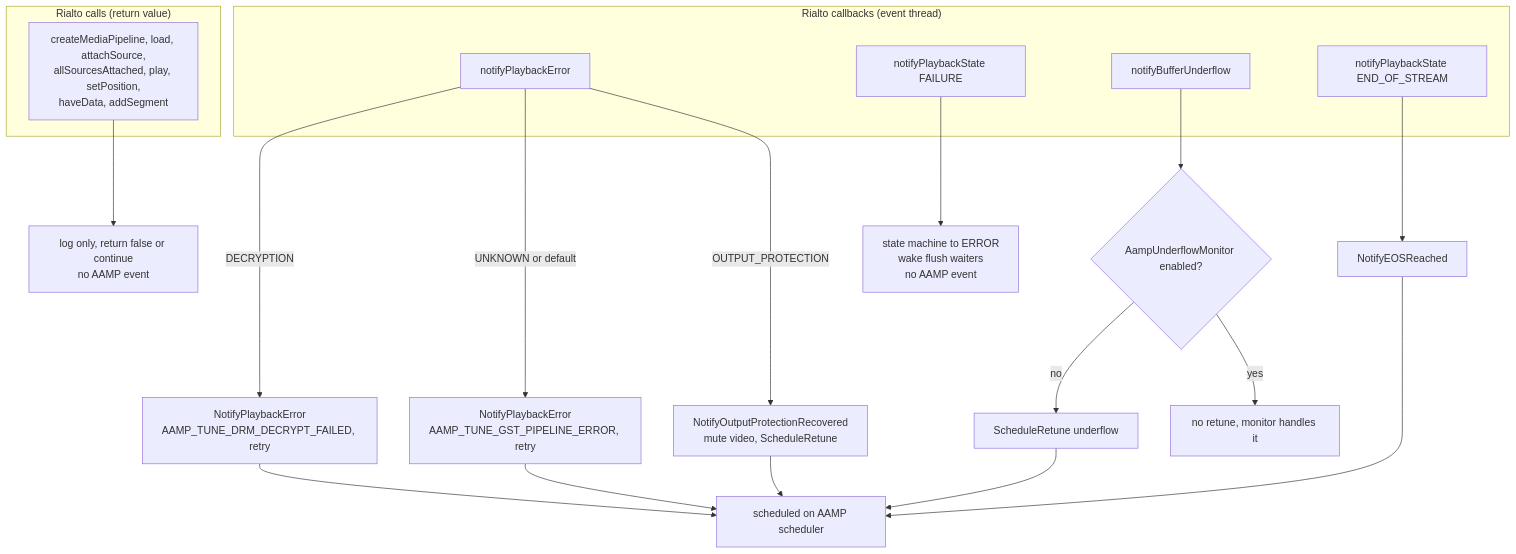
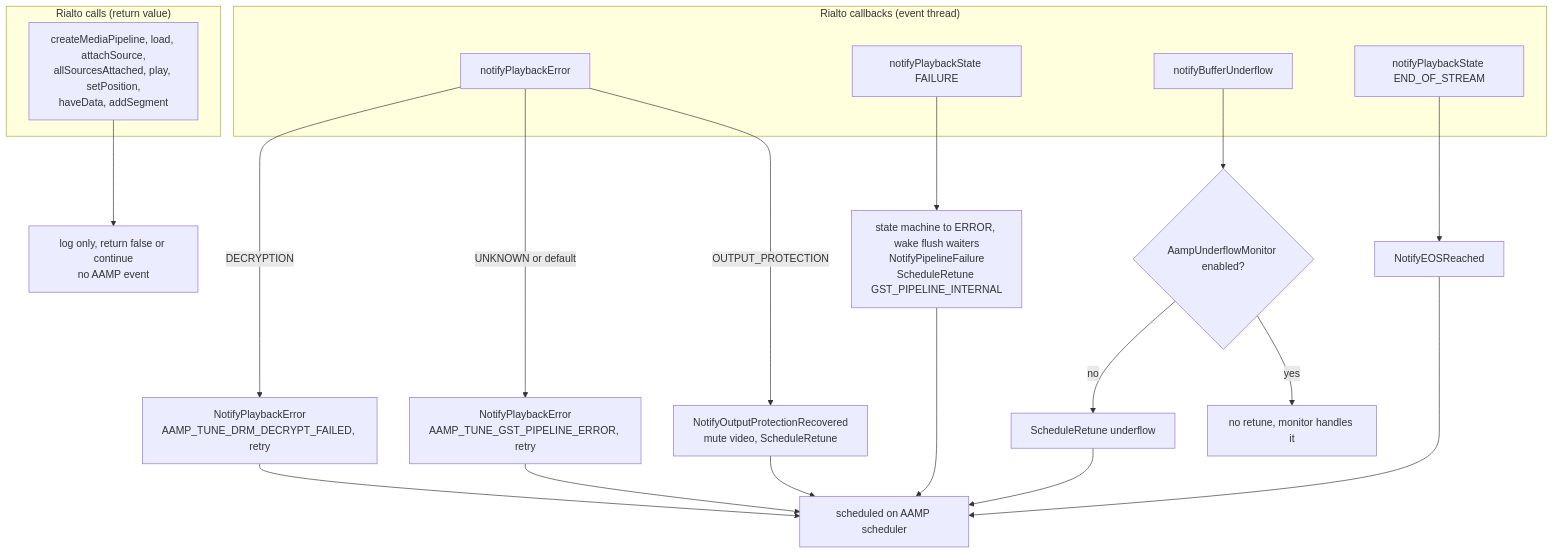
One commit to rdkcentral/aamp changed the diagram in docs/direct-rialto/error-handling.md. Above: the diagram before and after it, drawn with Mermaid. The commit also changed other lines of this file and 2 other files, not shown here.

````diff
--- a/docs/direct-rialto/error-handling.md
+++ b/docs/direct-rialto/error-handling.md
@@ -30,28 +30,29 @@
 ```mermaid
 flowchart TD
     subgraph Rialto["Rialto callbacks (event thread)"]
         PE["notifyPlaybackError"]
         PS["notifyPlaybackState FAILURE"]
         BU["notifyBufferUnderflow"]
         EOS["notifyPlaybackState END_OF_STREAM"]
     end
     subgraph Apis["Rialto calls (return value)"]
         FAILS["createMediaPipeline, load, attachSource,<br/>allSourcesAttached, play, setPosition,<br/>haveData, addSegment"]
     end
 
     PE -->|DECRYPTION| E1["NotifyPlaybackError<br/>AAMP_TUNE_DRM_DECRYPT_FAILED, retry"]
     PE -->|UNKNOWN or default| E2["NotifyPlaybackError<br/>AAMP_TUNE_GST_PIPELINE_ERROR, retry"]
     PE -->|OUTPUT_PROTECTION| E3["NotifyOutputProtectionRecovered<br/>mute video, ScheduleRetune"]
     BU --> E4{"AampUnderflowMonitor enabled?"}
     E4 -->|no| E5["ScheduleRetune underflow"]
     E4 -->|yes| E6["no retune, monitor handles it"]
     EOS --> E7["NotifyEOSReached"]
-    PS --> E8["state machine to ERROR<br/>wake flush waiters<br/>no AAMP event"]
+    PS --> E8["state machine to ERROR, wake flush waiters<br/>NotifyPipelineFailure<br/>ScheduleRetune GST_PIPELINE_INTERNAL"]
     FAILS --> E9["log only, return false or continue<br/>no AAMP event"]
 
     E1 --> SCHED["scheduled on AAMP scheduler"]
     E2 --> SCHED
     E3 --> SCHED
     E5 --> SCHED
     E7 --> SCHED
+    E8 --> SCHED
 ```
````
